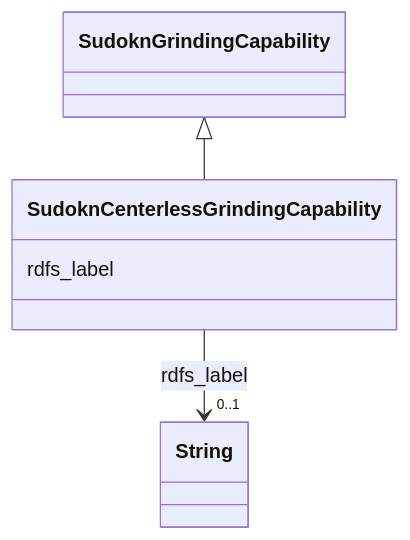
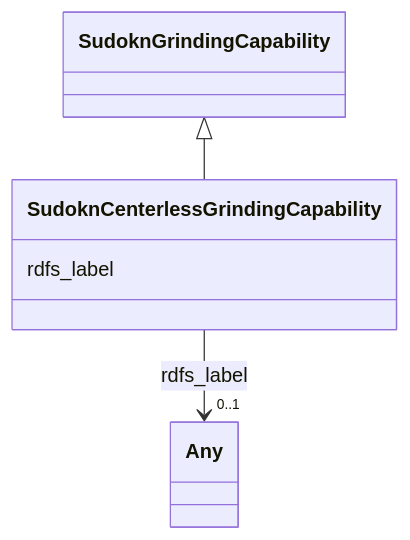
The diagram in sudokn-kg/classes/SudoknCenterlessGrindingCapability.md (frink-okn/graph-descriptions), drawn with Mermaid before and after one commit. The commit also changed other lines of this file and 903 other files, not shown here.

````diff
--- a/sudokn-kg/classes/SudoknCenterlessGrindingCapability.md
+++ b/sudokn-kg/classes/SudoknCenterlessGrindingCapability.md
@@ -23,18 +18,18 @@
 ```mermaid
  classDiagram
     class SudoknCenterlessGrindingCapability
     click SudoknCenterlessGrindingCapability href "../SudoknCenterlessGrindingCapability"
       SudoknGrindingCapability <|-- SudoknCenterlessGrindingCapability
         click SudoknGrindingCapability href "../SudoknGrindingCapability"
       
       SudoknCenterlessGrindingCapability : rdfs_label
         
           
     
     
-    SudoknCenterlessGrindingCapability --> "0..1" String : rdfs_label
-    click String href "../String"
+    SudoknCenterlessGrindingCapability --> "0..1" Any : rdfs_label
+    click Any href "../Any"
 
         
       
 ```
````
